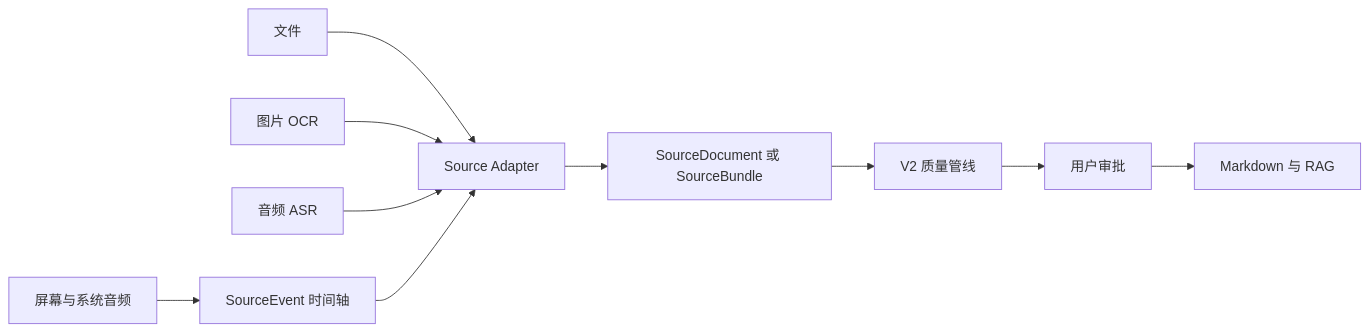
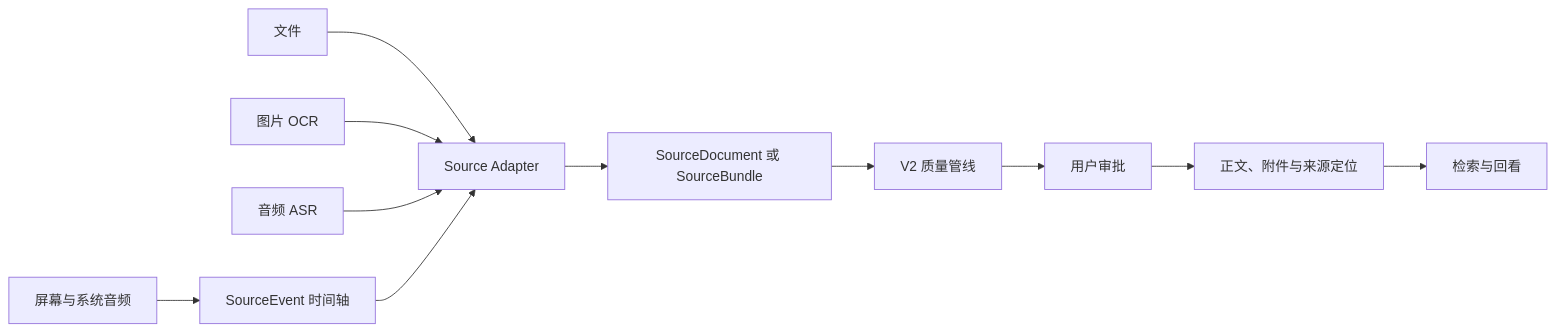
One commit to meantrick11/NoteAgent changed the second of 3 diagrams in docs/roadmap/versions.md. Above: the diagram before and after it, drawn with Mermaid. The commit also changed other lines of this file and 8 other files, not shown here.

Commit message:
docs: define business architecture and delivery milestones

````diff
--- a/docs/roadmap/versions.md
+++ b/docs/roadmap/versions.md
@@ -390,12 +467,13 @@
 ```mermaid
 flowchart LR
   files[文件] --> adapters[Source Adapter]
   image[图片 OCR] --> adapters
   audio[音频 ASR] --> adapters
   screen[屏幕与系统音频] --> events[SourceEvent 时间轴]
   events --> adapters
   adapters --> source[SourceDocument 或 SourceBundle]
   source --> quality[V2 质量管线]
   quality --> review[用户审批]
-  review --> notes[Markdown 与 RAG]
+  review --> notes[正文、附件与来源定位]
+  notes --> reuse[检索与回看]
 ```
````
